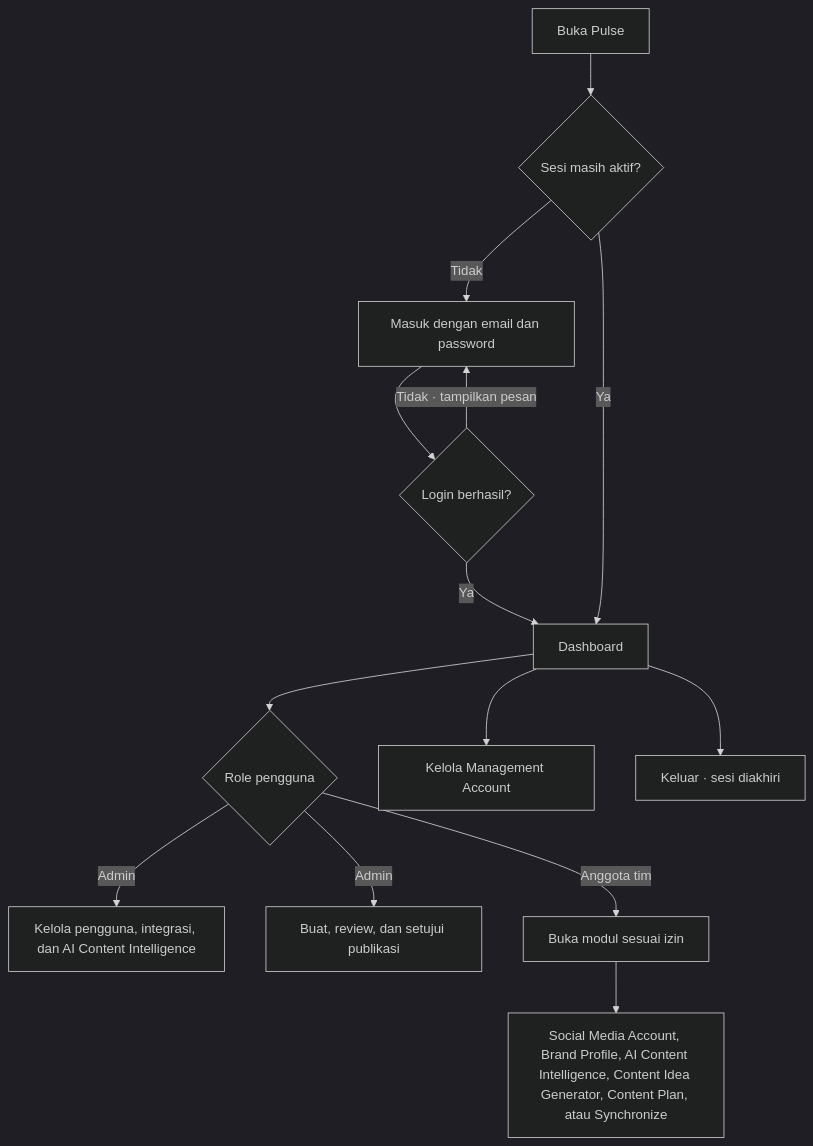
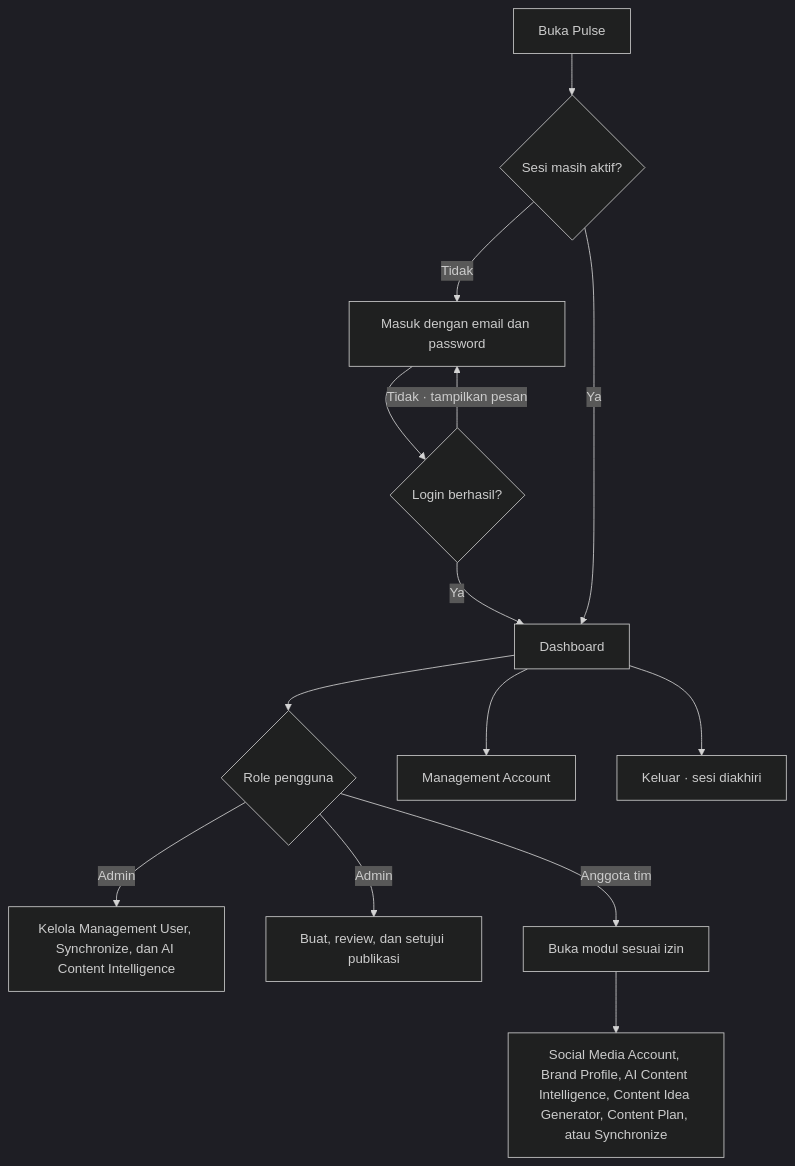
The first of 5 diagrams in README.md (Septiodwi/Pulse-AI), drawn with Mermaid (dark theme) before and after one commit. The commit also changed other lines of this file, not shown here.

````diff
--- a/README.md
+++ b/README.md
@@ -55,16 +55,16 @@
 ```mermaid
 flowchart TD
     Open["Buka Pulse"] --> Session{"Sesi masih aktif?"}
     Session -->|"Tidak"| Login["Masuk dengan email dan password"]
     Login --> Valid{"Login berhasil?"}
     Valid -->|"Tidak · tampilkan pesan"| Login
     Valid -->|"Ya"| Dashboard["Dashboard"]
     Session -->|"Ya"| Dashboard
     Dashboard --> Role{"Role pengguna"}
-    Role -->|"Admin"| Admin["Kelola pengguna, integrasi, dan AI Content Intelligence"]
+    Role -->|"Admin"| Admin["Kelola Management User, Synchronize, dan AI Content Intelligence"]
     Role -->|"Admin"| Publish["Buat, review, dan setujui publikasi"]
     Role -->|"Anggota tim"| Member["Buka modul sesuai izin"]
     Member --> Modules["Social Media Account, Brand Profile, AI Content Intelligence, Content Idea Generator, Content Plan, atau Synchronize"]
-    Dashboard --> Profile["Kelola Management Account"]
+    Dashboard --> Profile["Management Account"]
     Dashboard --> Logout["Keluar · sesi diakhiri"]
 ```
````
